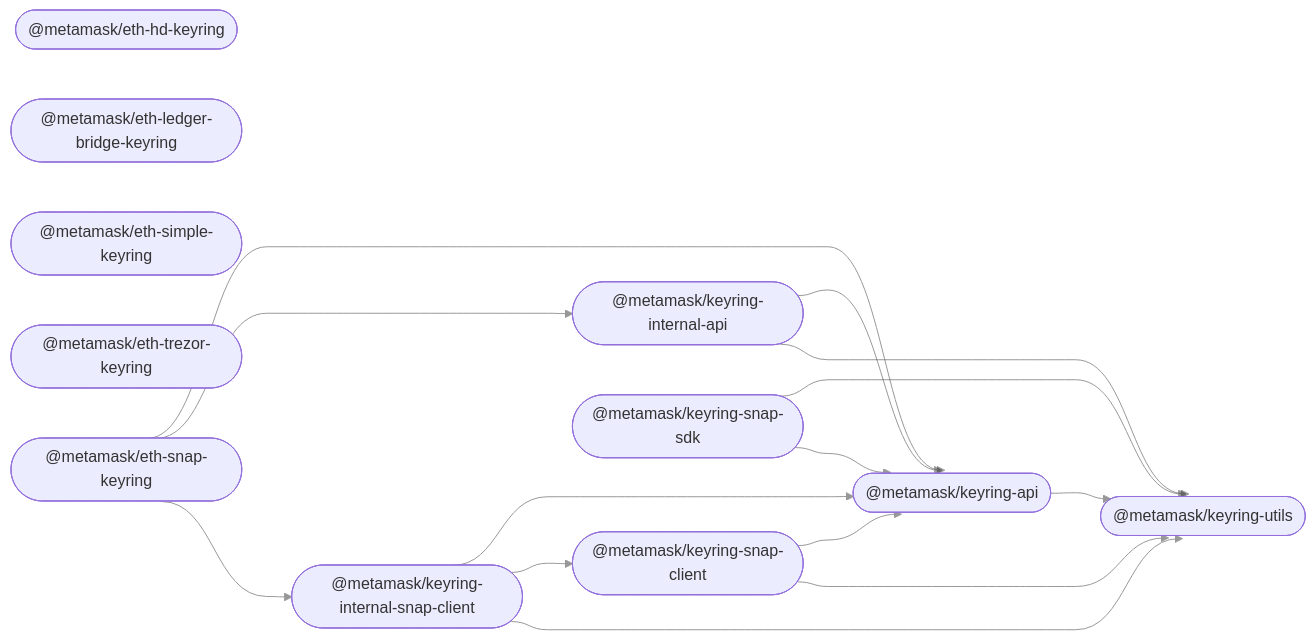
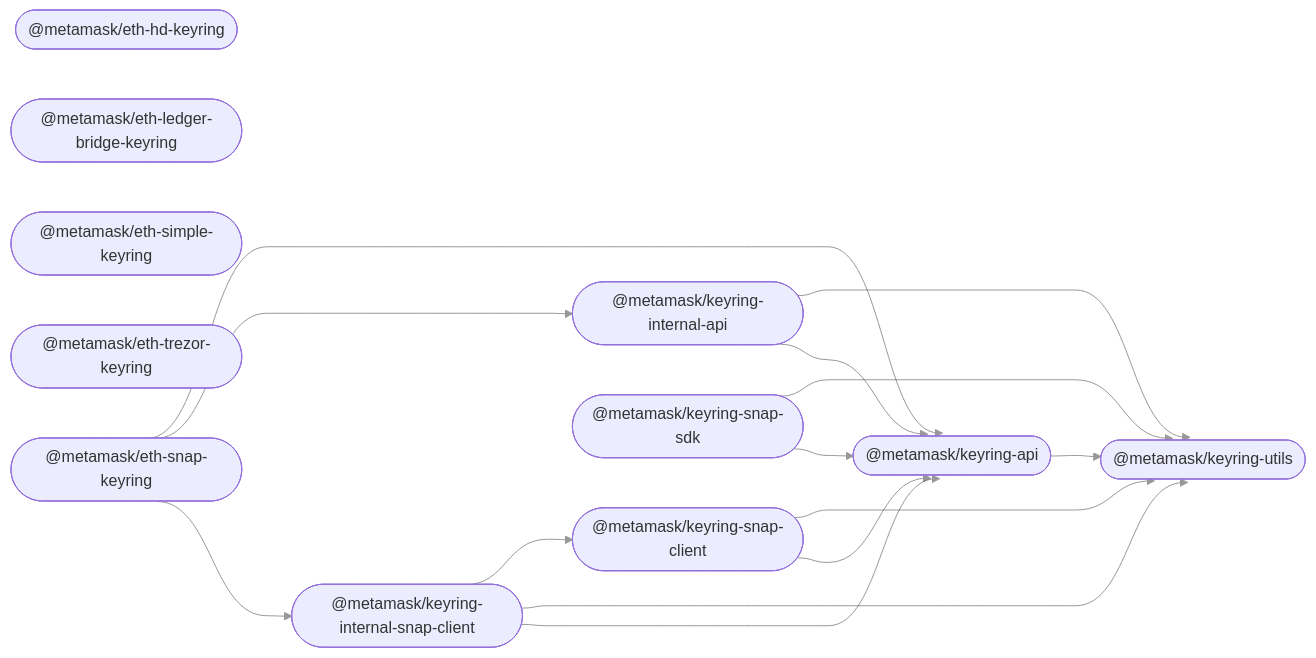
The diagram in README.md (MetaMask/accounts), drawn with Mermaid before and after one commit. The commit also changed other lines of this file and 10 other files, not shown here.

Commit message:
refactor: move deps to devDeps for types + use peerDep for keyring-api

````diff
--- a/README.md
+++ b/README.md
@@ -33,29 +33,29 @@
 ```mermaid
 %%{ init: { 'flowchart': { 'curve': 'bumpX' } } }%%
 graph LR;
 linkStyle default opacity:0.5
   keyring_api(["@metamask/keyring-api"]);
   eth_hd_keyring(["@metamask/eth-hd-keyring"]);
   eth_ledger_bridge_keyring(["@metamask/eth-ledger-bridge-keyring"]);
   eth_simple_keyring(["@metamask/eth-simple-keyring"]);
   eth_trezor_keyring(["@metamask/eth-trezor-keyring"]);
   keyring_internal_api(["@metamask/keyring-internal-api"]);
   keyring_internal_snap_client(["@metamask/keyring-internal-snap-client"]);
   eth_snap_keyring(["@metamask/eth-snap-keyring"]);
   keyring_snap_client(["@metamask/keyring-snap-client"]);
   keyring_snap_sdk(["@metamask/keyring-snap-sdk"]);
   keyring_utils(["@metamask/keyring-utils"]);
   keyring_api --> keyring_utils;
+  keyring_internal_api --> keyring_utils;
   keyring_internal_api --> keyring_api;
-  keyring_internal_api --> keyring_utils;
-  keyring_internal_snap_client --> keyring_api;
   keyring_internal_snap_client --> keyring_snap_client;
   keyring_internal_snap_client --> keyring_utils;
+  keyring_internal_snap_client --> keyring_api;
   eth_snap_keyring --> keyring_api;
   eth_snap_keyring --> keyring_internal_api;
   eth_snap_keyring --> keyring_internal_snap_client;
+  keyring_snap_client --> keyring_utils;
   keyring_snap_client --> keyring_api;
-  keyring_snap_client --> keyring_utils;
   keyring_snap_sdk --> keyring_utils;
   keyring_snap_sdk --> keyring_api;
 ```
````
